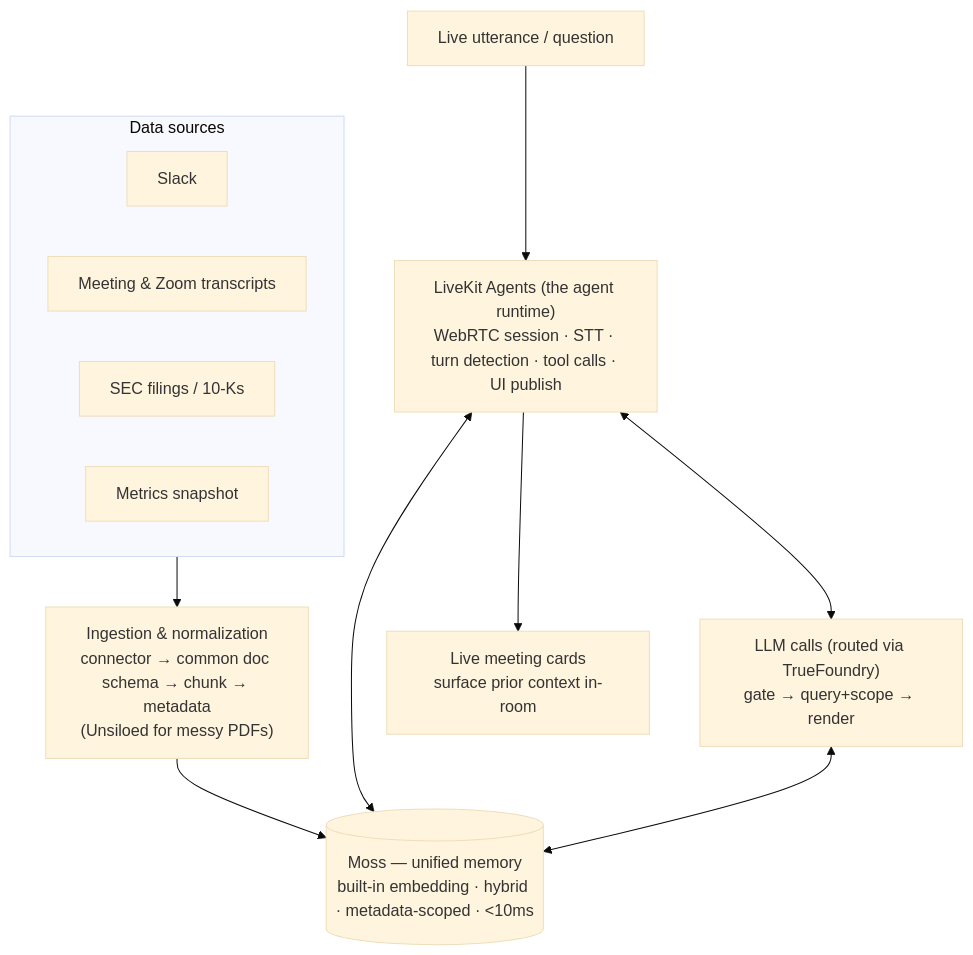
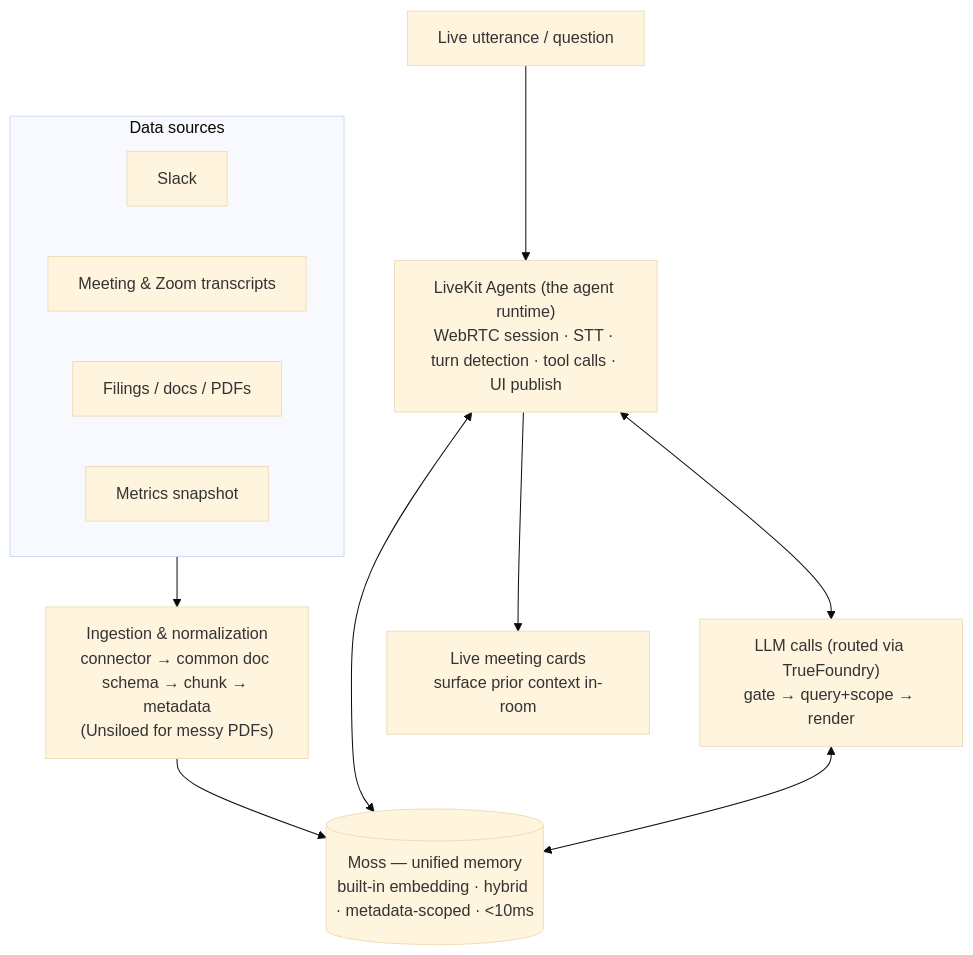
The diagram in financial-prd-final.md (alimtaha/tellmequick), drawn with Mermaid (base theme) before and after one commit. The commit also changed other lines of this file and 1 other file, not shown here.

````diff
--- a/financial-prd-final.md
+++ b/financial-prd-final.md
@@ -50,18 +50,18 @@
 ```mermaid
 flowchart TD
   subgraph SRC["Data sources"]
     SL[Slack]
     TR[Meeting & Zoom transcripts]
-    FI[SEC filings / 10-Ks]
+    FI[Filings / docs / PDFs]
     ME[Metrics snapshot]
   end
   SRC --> ING["Ingestion & normalization<br/>connector → common doc schema → chunk → metadata<br/>(Unsiloed for messy PDFs)"]
   ING --> MOSS[("Moss — unified memory<br/>built-in embedding · hybrid · metadata-scoped · &lt;10ms")]
   AGENT["LiveKit Agents (the agent runtime)<br/>WebRTC session · STT · turn detection · tool calls · UI publish"]
   LLM["LLM calls (routed via TrueFoundry)<br/>gate → query+scope → render"]
   LIVE["Live utterance / question"] --> AGENT
   AGENT <--> LLM
   AGENT <--> MOSS
   LLM <--> MOSS
   AGENT --> CARDS["Live meeting cards<br/>surface prior context in-room"]
 ```
````
